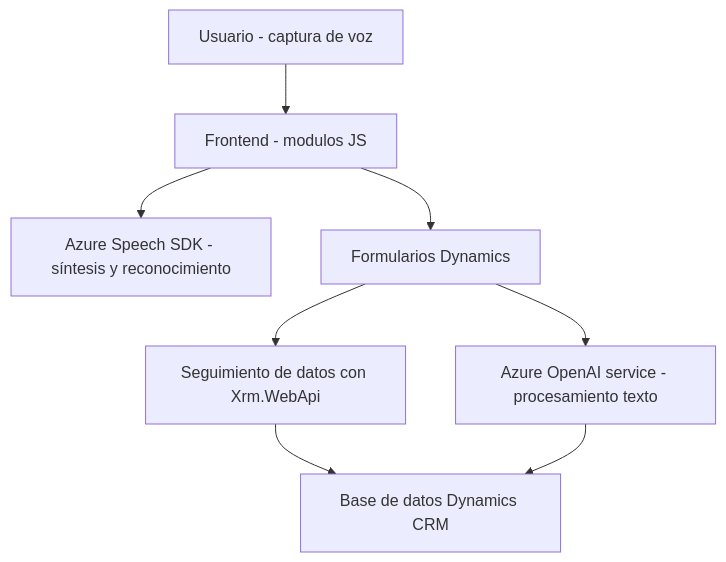
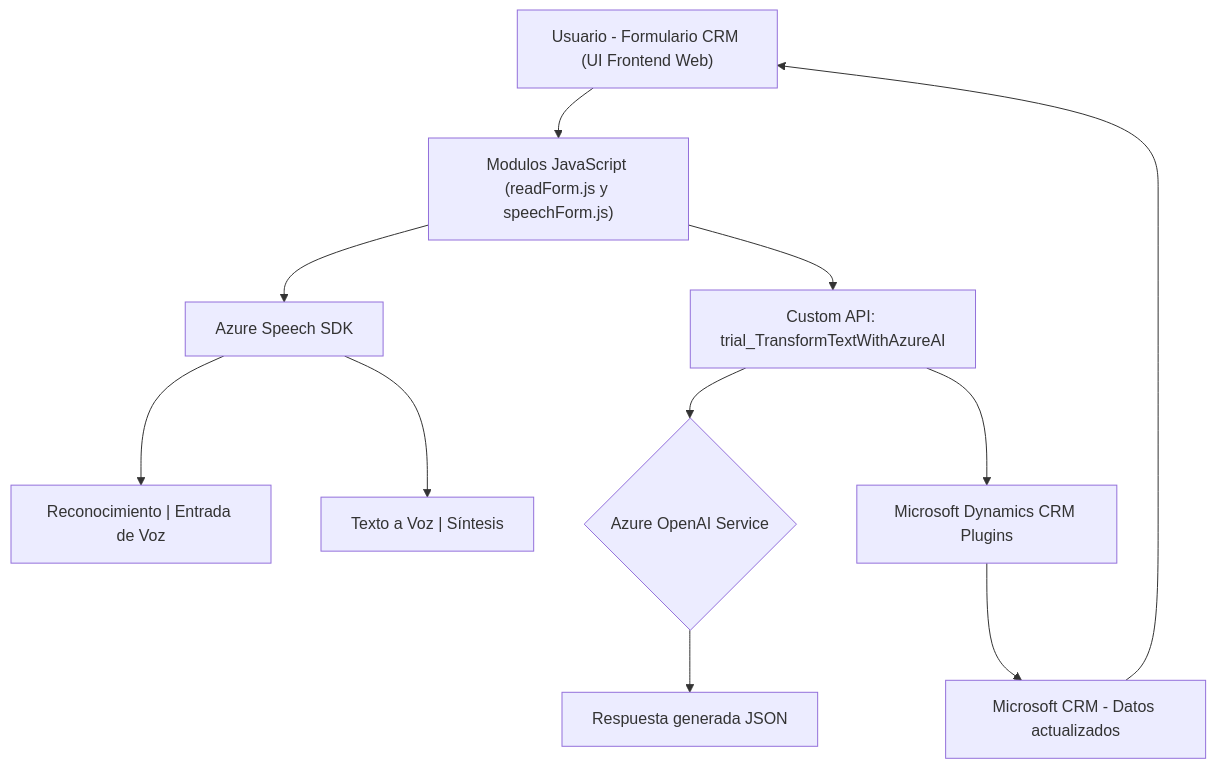
One commit to blopezdm/NETCORE_BILBAO2025 changed the diagram in README.md. Above: the diagram before and after it, drawn with Mermaid. The commit also changed other lines of this file, not shown here.

Commit message:
Actualizar análisis global de la solución con IA

````diff
--- a/README.md
+++ b/README.md
@@ -39,10 +35,13 @@
 ```mermaid
 graph TD
-  A["Usuario - captura de voz"] --> B["Frontend - modulos JS"]
-  B --> C["Azure Speech SDK - síntesis y reconocimiento"]
-  B --> D["Formularios Dynamics"]
-  D --> E["Seguimiento de datos con Xrm.WebApi"]
-  D --> F["Azure OpenAI service - procesamiento texto"]
-  E --> G["Base de datos Dynamics CRM"]
-  F --> G
+    A["Usuario - Formulario CRM (UI Frontend Web)"] --> B["Modulos JavaScript (readForm.js y speechForm.js)"]
+    B --> C["Azure Speech SDK"]
+    C --> D["Reconocimiento | Entrada de Voz"]
+    C --> E["Texto a Voz | Síntesis"]
+    B --> F["Custom API: trial_TransformTextWithAzureAI"]
+    F --> G{"Azure OpenAI Service"}
+    F --> H["Microsoft Dynamics CRM Plugins"]
+    G --> I["Respuesta generada JSON"]
+    H --> J["Microsoft CRM - Datos actualizados"]
+    J --> A
 ```
````
